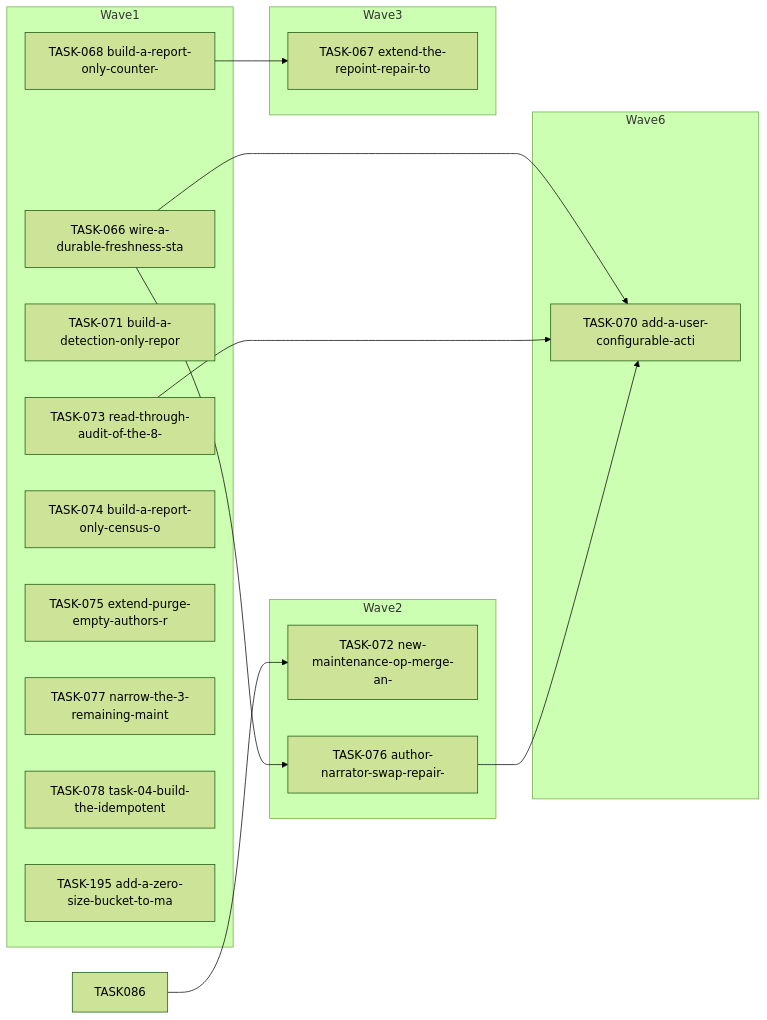
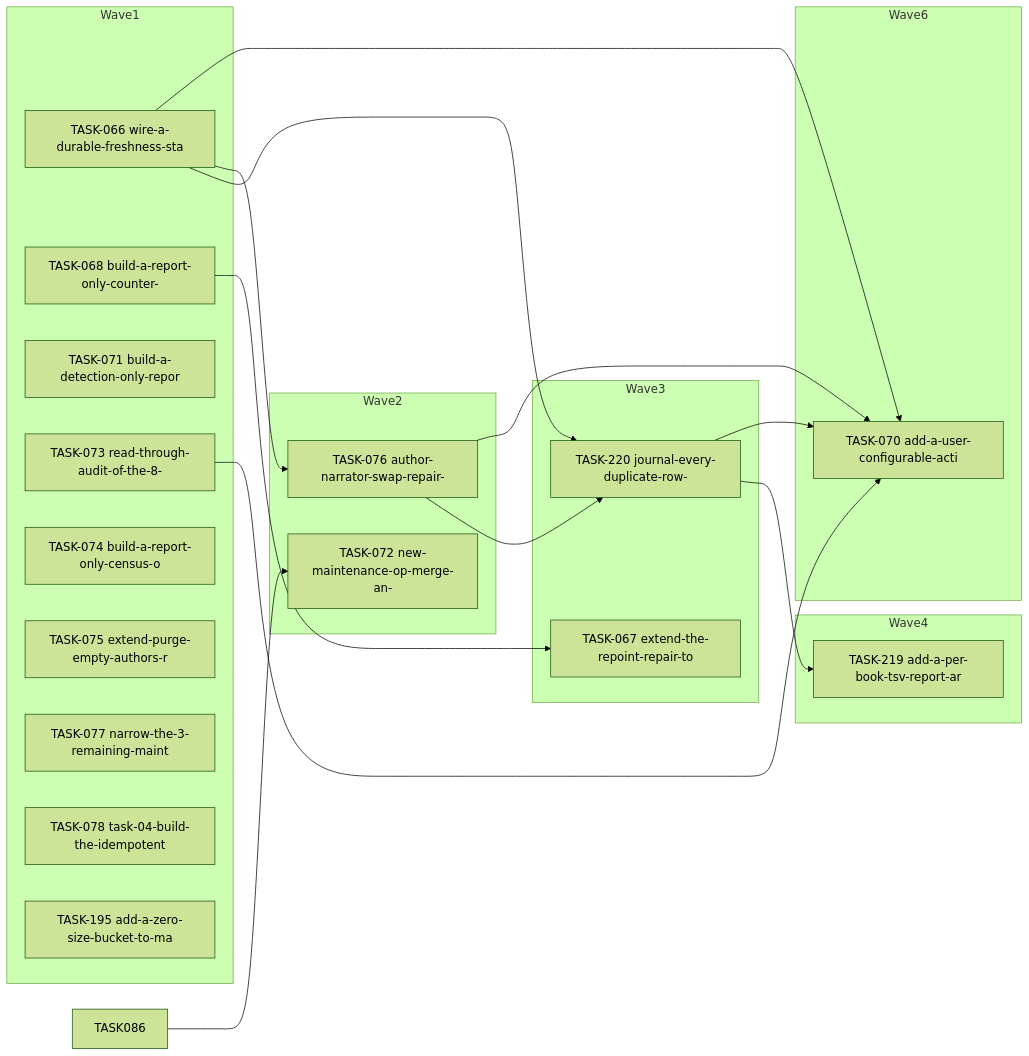
The diagram in docs/agent-tasks/todo-completion/maintenance/orchestration.md (falkcorp/audiobook-organizer), drawn with Mermaid (forest theme) before and after one commit. The commit also changed other lines of this file and 252 other files, not shown here.

````diff
--- a/docs/agent-tasks/todo-completion/maintenance/orchestration.md
+++ b/docs/agent-tasks/todo-completion/maintenance/orchestration.md
@@ -12,30 +12,38 @@
 ```mermaid
 flowchart LR
     subgraph Wave1
       TASK066[TASK-066 wire-a-durable-freshness-sta]
       TASK068[TASK-068 build-a-report-only-counter-]
       TASK071[TASK-071 build-a-detection-only-repor]
       TASK073[TASK-073 read-through-audit-of-the-8-]
       TASK074[TASK-074 build-a-report-only-census-o]
       TASK075[TASK-075 extend-purge-empty-authors-r]
       TASK077[TASK-077 narrow-the-3-remaining-maint]
       TASK078[TASK-078 task-04-build-the-idempotent]
       TASK195[TASK-195 add-a-zero-size-bucket-to-ma]
     end
     subgraph Wave2
       TASK072[TASK-072 new-maintenance-op-merge-an-]
       TASK076[TASK-076 author-narrator-swap-repair-]
     end
     subgraph Wave3
       TASK067[TASK-067 extend-the-repoint-repair-to]
+      TASK220[TASK-220 journal-every-duplicate-row-]
+    end
+    subgraph Wave4
+      TASK219[TASK-219 add-a-per-book-tsv-report-ar]
     end
     subgraph Wave6
       TASK070[TASK-070 add-a-user-configurable-acti]
     end
     TASK066 --> TASK070
     TASK066 --> TASK076
+    TASK066 --> TASK220
     TASK068 --> TASK067
     TASK073 --> TASK070
     TASK076 --> TASK070
+    TASK076 --> TASK220
     TASK086 --> TASK072
+    TASK220 --> TASK070
+    TASK220 --> TASK219
 ```
````
